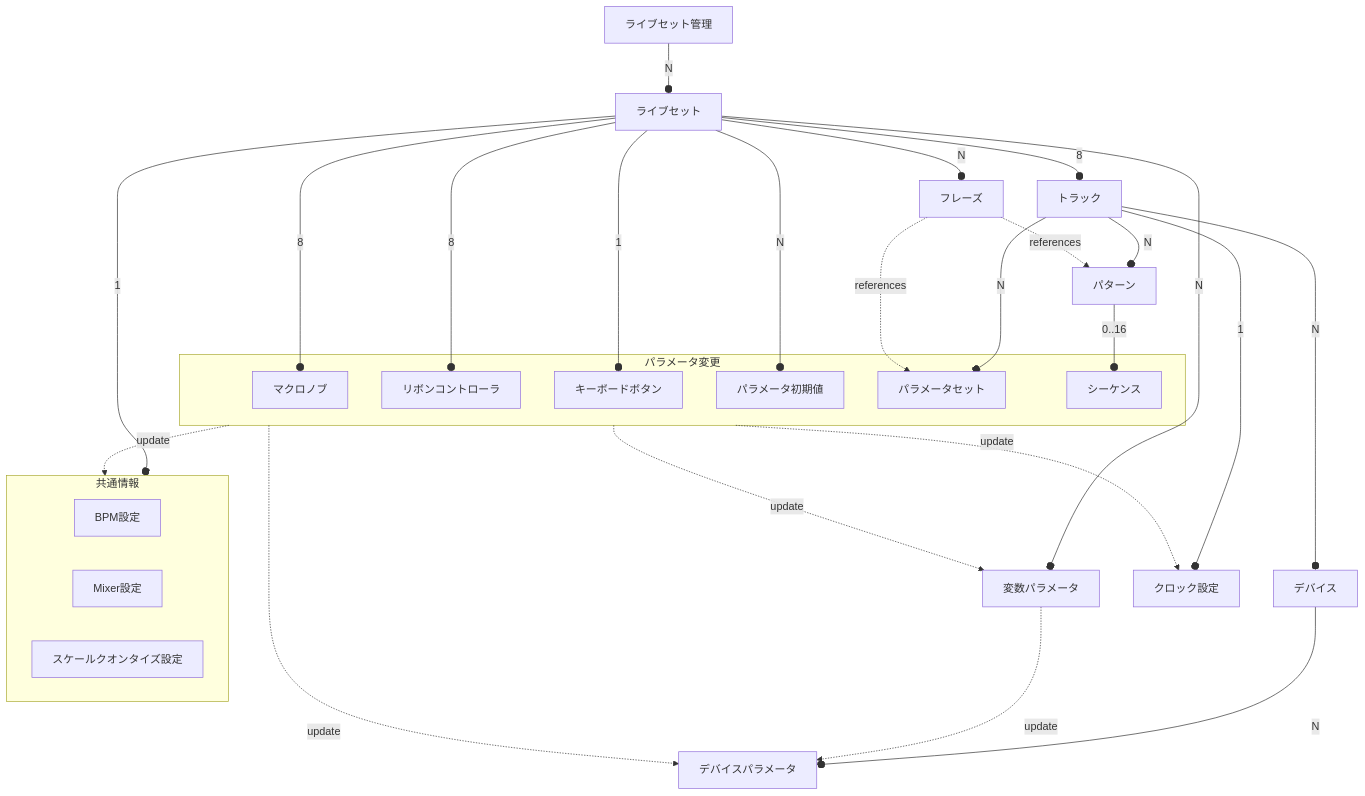
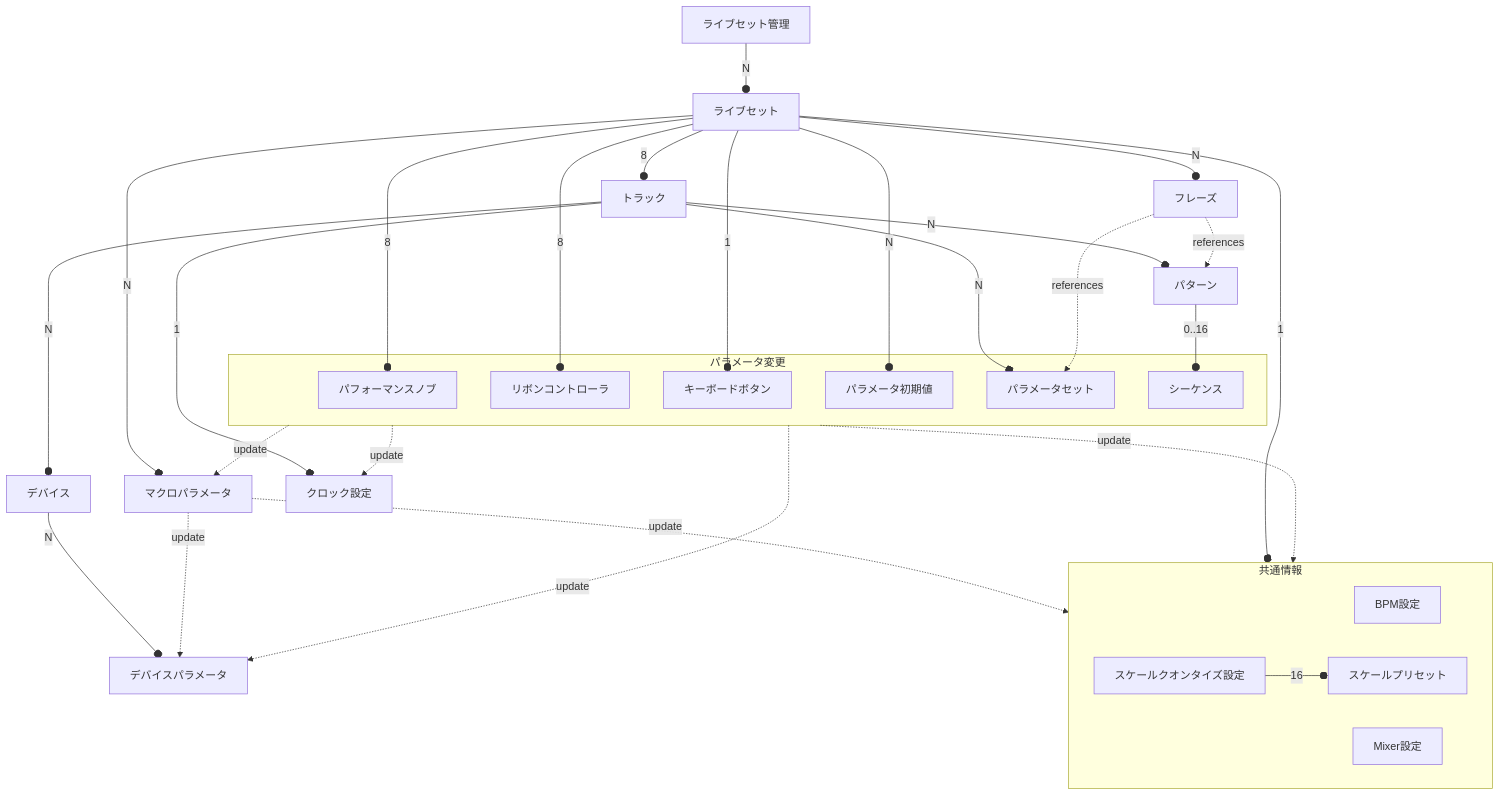
One commit to centrevillage/igb_spec changed the second of 3 diagrams in devices/igb01/IGB01_spec.md. Above: the diagram before and after it, drawn with Mermaid. The commit also changed other lines of this file, not shown here.

````diff
--- a/devices/igb01/IGB01_spec.md
+++ b/devices/igb01/IGB01_spec.md
@@ -53,38 +68,39 @@
 ```mermaid
 flowchart TB
   LiveSetMng["ライブセット管理"] -- "N" --o LiveSet["ライブセット"]
-  LiveSet -- "8" --o MacroKnob["マクロノブ"]
+  LiveSet -- "8" --o MacroKnob["パフォーマンスノブ"]
   LiveSet -- "8" --o RibbonController["リボンコントローラ"]
   LiveSet -- "1" --o KeyboardBtn["キーボードボタン"]
   LiveSet -- "N" --o DefaultParameter["パラメータ初期値"]
   LiveSet -- "8" --o Track["トラック"]
   Track -- "N" --o Device["デバイス"]
   Device -- "N" --o Parameter["デバイスパラメータ"]
   Track -- "N" --o ParameterSet["パラメータセット"]
   Track -- "N" --o Pattern["パターン"]
   Pattern -- "0..16" --o Sequence["シーケンス"]
-  LiveSet -- "N" --o Variable["変数パラメータ"]
-  Variable -. "update" .-> Parameter
+  LiveSet -- "N" --o MacroParameter["マクロパラメータ"]
+  MacroParameter -. "update" .-> Parameter
+  MacroParameter -. "update" .-> CommonInfo
   LiveSet -- "N" --o Phrase["フレーズ"]
   subgraph ParameterChange["パラメータ変更"]
     Sequence
     MacroKnob
     RibbonController
     KeyboardBtn
     ParameterSet
     DefaultParameter
   end
   ParameterChange -. "update" .-> Parameter
-  ParameterChange -. "update" .-> Variable
+  ParameterChange -. "update" .-> MacroParameter
   Phrase -. "references" .-> ParameterSet
   Phrase -. "references" .-> Pattern
   Track -- "1" --o ClockDivMult["クロック設定"] 
   subgraph CommonInfo["共通情報"]
     BpmConf["BPM設定"]
     MixerConf["Mixer設定"]
-    ScaleQuantizer["スケールクオンタイズ設定"]
+    ScaleQuantizer["スケールクオンタイズ設定"] -- "16" --o ScalePreset["スケールプリセット"]
   end
   LiveSet -- "1" --o CommonInfo
   ParameterChange -. "update" .-> CommonInfo
   ParameterChange -. "update" .-> ClockDivMult
 ```
````
